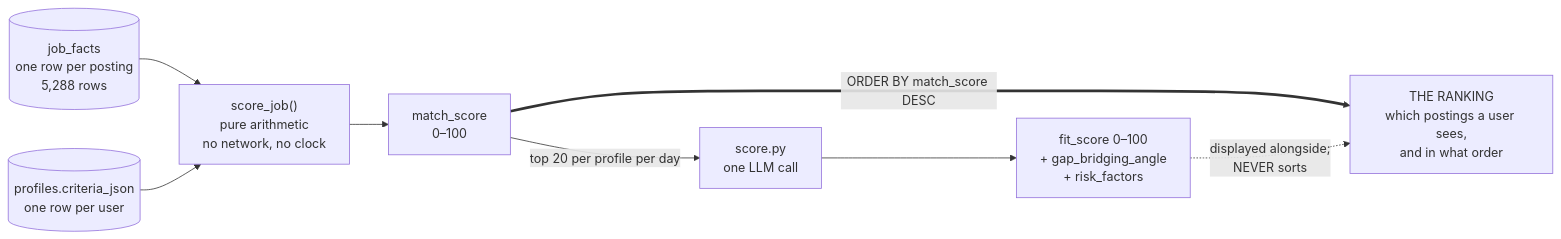
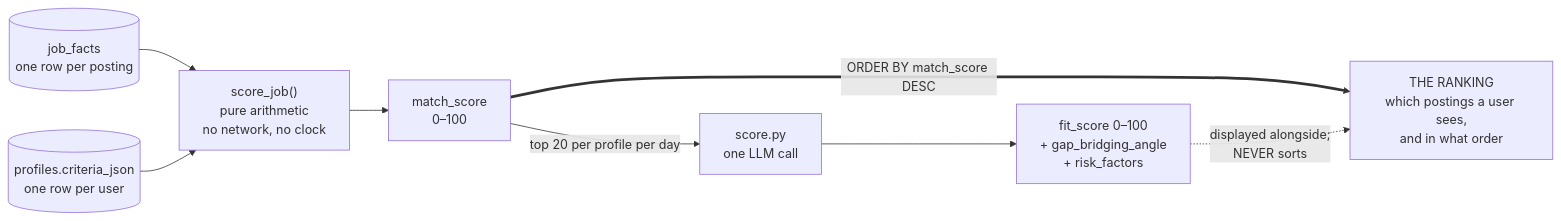
One commit to liueric-dev/jobs changed the first of 6 diagrams in docs/scoring.md. Above: the diagram before and after it, drawn with Mermaid. The commit also changed other lines of this file and 7 other files, not shown here.

````diff
--- a/docs/scoring.md
+++ b/docs/scoring.md
@@ -33,14 +41,14 @@
 ```mermaid
 flowchart LR
-    F[("job_facts<br/>one row per posting<br/>5,288 rows")]
+    F[("job_facts<br/>one row per posting")]
     C[("profiles.criteria_json<br/>one row per user")]
 
     F --> SJ["score_job()<br/>pure arithmetic<br/>no network, no clock"]
     C --> SJ
     SJ --> MS["match_score<br/>0–100"]
 
     MS ==>|"ORDER BY match_score DESC"| RANK["THE RANKING<br/>which postings a user sees,<br/>and in what order"]
     MS -->|"top 20 per profile per day"| CALL["score.py<br/>one LLM call"]
     CALL --> FS["fit_score 0–100<br/>+ gap_bridging_angle<br/>+ risk_factors"]
     FS -.->|"displayed alongside;<br/>NEVER sorts"| RANK
 ```
````
